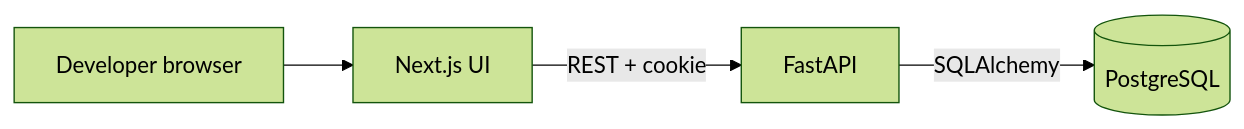
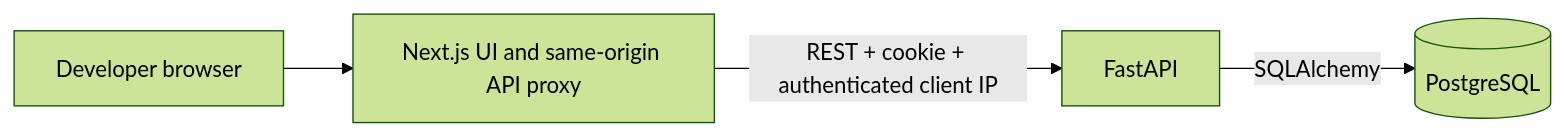
Before and after one commit to YohannesAd/DevPilot: the diagram in docs/architecture.md, drawn with Mermaid (forest theme). The commit also changed other lines of this file and 29 other files, not shown here.

````diff
--- a/docs/architecture.md
+++ b/docs/architecture.md
@@ -3,6 +9,6 @@
 ```mermaid
 flowchart LR
-  U["Developer browser"] --> W["Next.js UI"]
-  W -->|"REST + cookie"| A["FastAPI"]
+  U["Developer browser"] --> W["Next.js UI and same-origin API proxy"]
+  W -->|"REST + cookie + authenticated client IP"| A["FastAPI"]
   A -->|"SQLAlchemy"| D[(PostgreSQL)]
 ```
````
